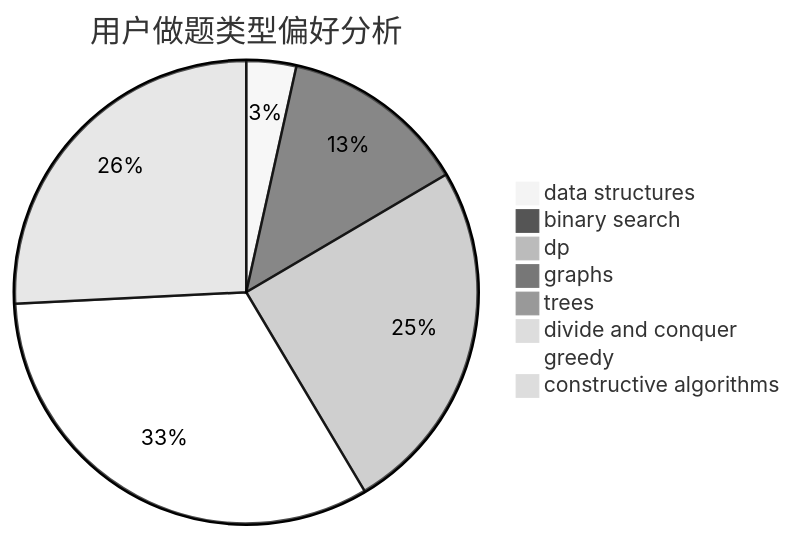
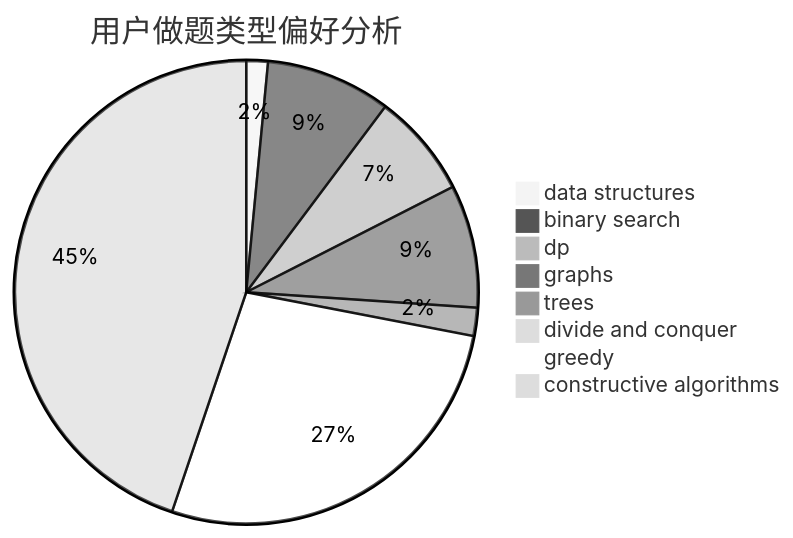
Before and after one commit to sherpahu/cfrs.github.io: the second of 3 diagrams in docs/user/u2016.md, drawn with Mermaid (neutral theme). The commit also changed other lines of this file and 2770 other files, not shown here.

````diff
--- a/docs/user/u2016.md
+++ b/docs/user/u2016.md
@@ -23,11 +23,11 @@
 ```mermaid
 pie title 用户做题类型偏好分析
-    "data structures" :  80
-    "binary search" :  300
-    "dp" :  573
-    "graphs" :  4
-    "trees" :  11
+    "data structures" :  29
+    "binary search" :  168
+    "dp" :  140
+    "graphs" :  165
+    "trees" :  38
     "divide and conquer" :  0
-    "greedy" :  753
-    "constructive algorithms" :  593
+    "greedy" :  523
+    "constructive algorithms" :  863
 ```
````
